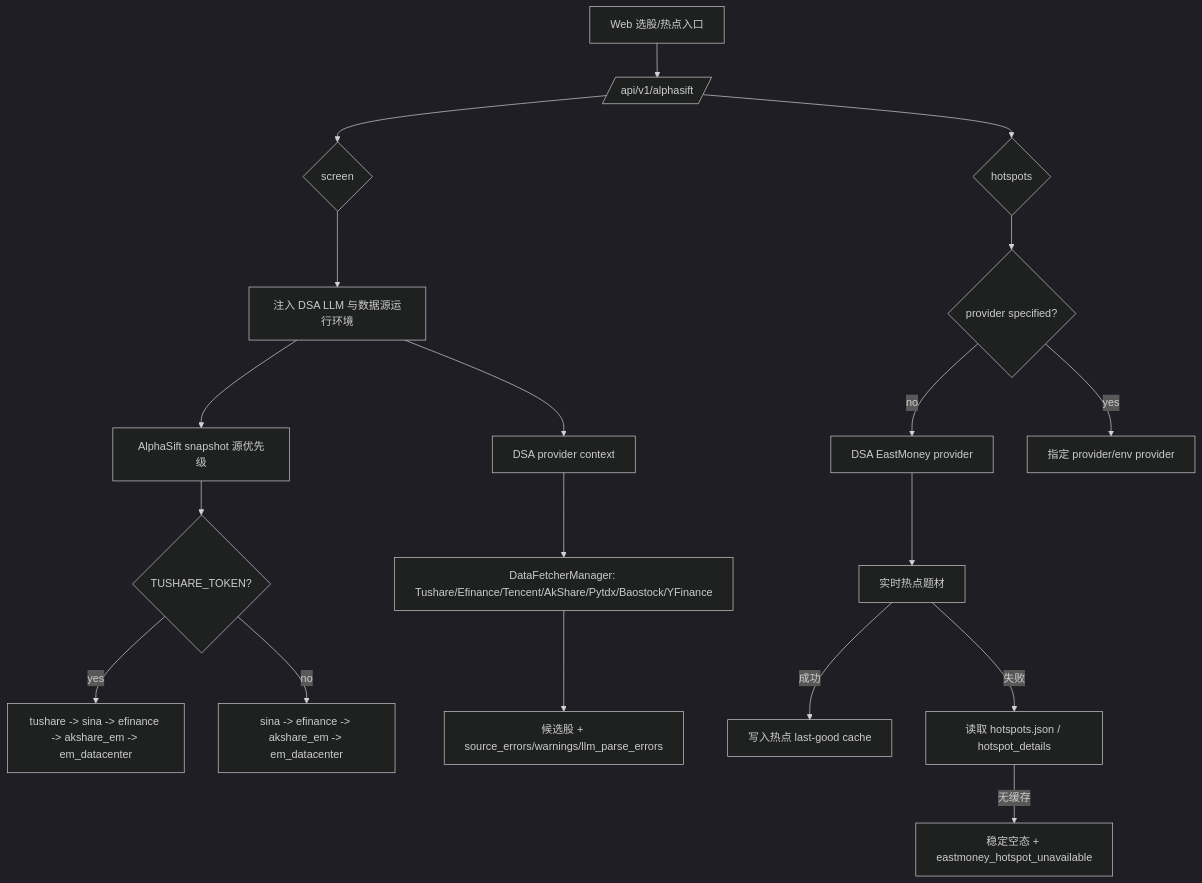
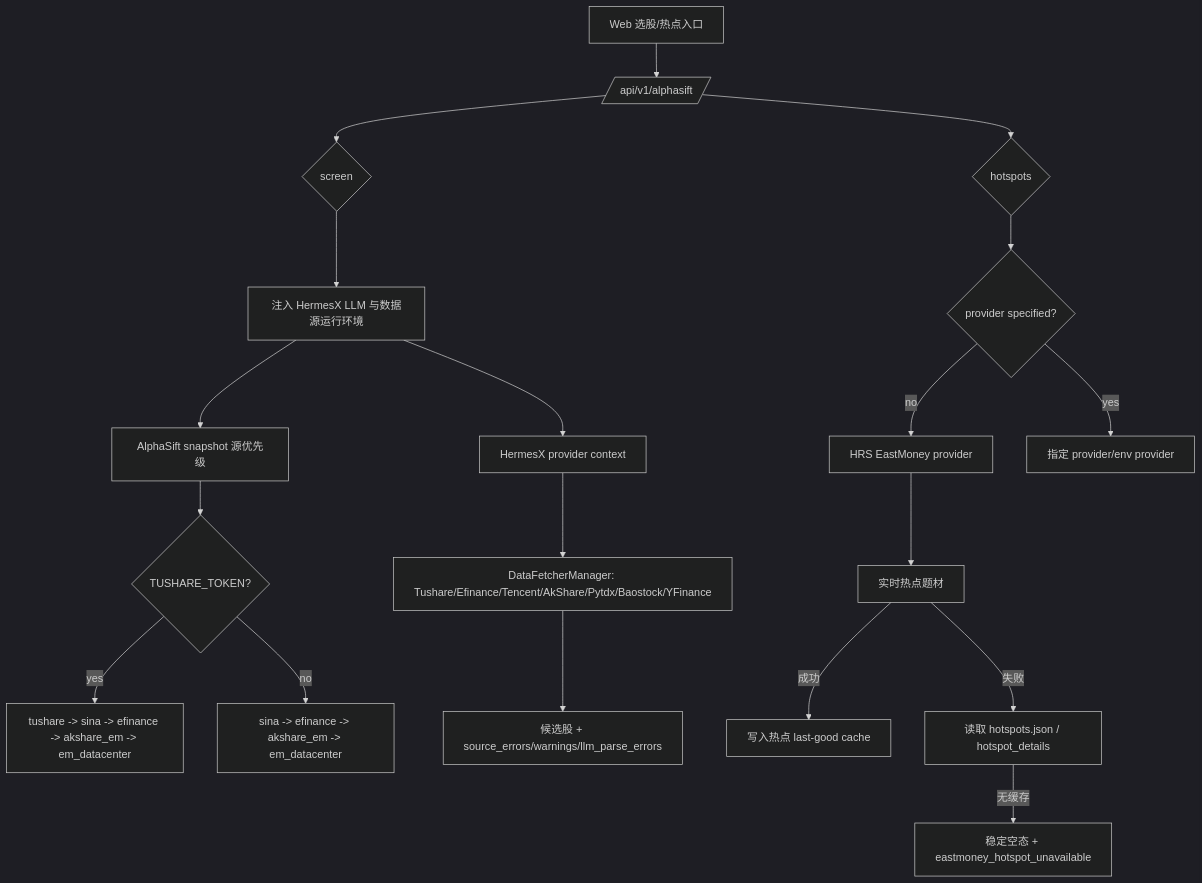
The third of 3 diagrams in docs/data-source-stability.md (ArcSeek-X/HermesX), drawn with Mermaid (dark theme) before and after one commit. The commit also changed other lines of this file and 143 other files, not shown here.

````diff
--- a/docs/data-source-stability.md
+++ b/docs/data-source-stability.md
@@ -96,23 +96,23 @@
 ```mermaid
 flowchart TD
     UI[Web 选股/热点入口] --> API[/api/v1/alphasift/]
 
     API --> SCREEN{screen}
-    SCREEN --> ENV[注入 DSA LLM 与数据源运行环境]
+    SCREEN --> ENV[注入 HermesX LLM 与数据源运行环境]
     ENV --> SNAP[AlphaSift snapshot 源优先级]
     SNAP --> TS{TUSHARE_TOKEN?}
     TS -->|yes| SP1[tushare -> sina -> efinance -> akshare_em -> em_datacenter]
     TS -->|no| SP2[sina -> efinance -> akshare_em -> em_datacenter]
-    ENV --> DAILY[DSA provider context]
+    ENV --> DAILY[HermesX provider context]
     DAILY --> DFM[DataFetcherManager: Tushare/Efinance/Tencent/AkShare/Pytdx/Baostock/YFinance]
     DFM --> RESULT[候选股 + source_errors/warnings/llm_parse_errors]
 
     API --> HOT{hotspots}
     HOT --> HP{provider specified?}
-    HP -->|no| EM[DSA EastMoney provider]
+    HP -->|no| EM[HRS EastMoney provider]
     HP -->|yes| CUSTOM[指定 provider/env provider]
     EM --> LIVE[实时热点题材]
     LIVE -->|成功| HCACHE[写入热点 last-good cache]
     LIVE -->|失败| OLD[读取 hotspots.json / hotspot_details]
     OLD -->|无缓存| EMPTY[稳定空态 + eastmoney_hotspot_unavailable]
 ```
````
